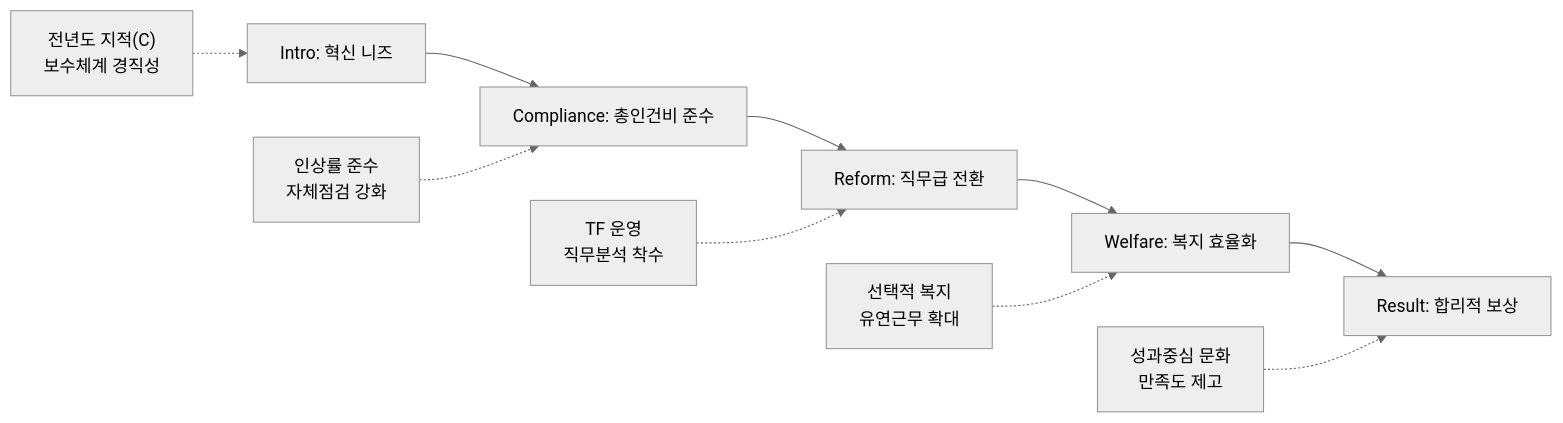
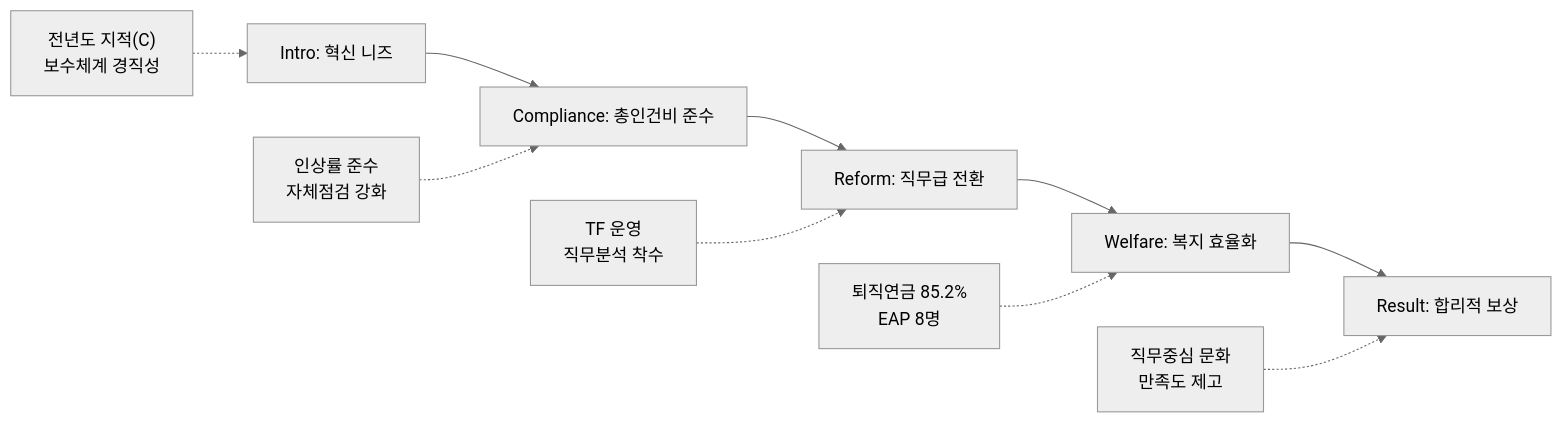
The diagram in content/25년 경평/2_지표별 자료/1-10_보수_및_복리후생/5_지표_작성_방안.md (lizard4r/eval25), drawn with Mermaid (neutral theme) before and after one commit. The commit also changed other lines of this file and 15 other files, not shown here.

````diff
--- a/content/25년 경평/2_지표별 자료/1-10_보수_및_복리후생/5_지표_작성_방안.md
+++ b/content/25년 경평/2_지표별 자료/1-10_보수_및_복리후생/5_지표_작성_방안.md
@@ -65,13 +70,13 @@
 ```mermaid
 graph LR
     A["Intro: 혁신 니즈"] --> B["Compliance: 총인건비 준수"]
     B --> C["Reform: 직무급 전환"]
     C --> D["Welfare: 복지 효율화"]
     D --> E["Result: 합리적 보상"]
     
     A1["전년도 지적(C)<br>보수체계 경직성"] -.-> A
     B1["인상률 준수<br>자체점검 강화"] -.-> B
     C1["TF 운영<br>직무분석 착수"] -.-> C
-    D1["선택적 복지<br>유연근무 확대"] -.-> D
-    E1["성과중심 문화<br>만족도 제고"] -.-> E
+    D1["퇴직연금 85.2%<br>EAP 8명"] -.-> D
+    E1["직무중심 문화<br>만족도 제고"] -.-> E
 ```
````
